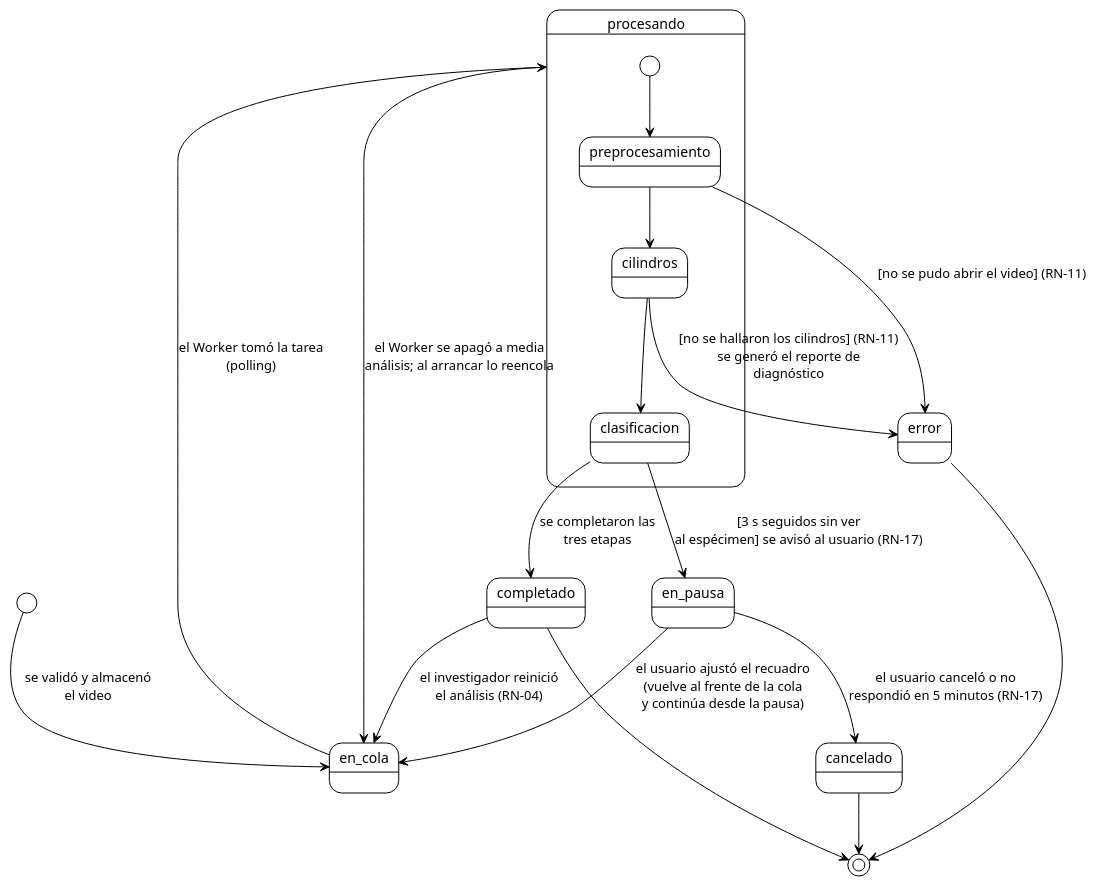
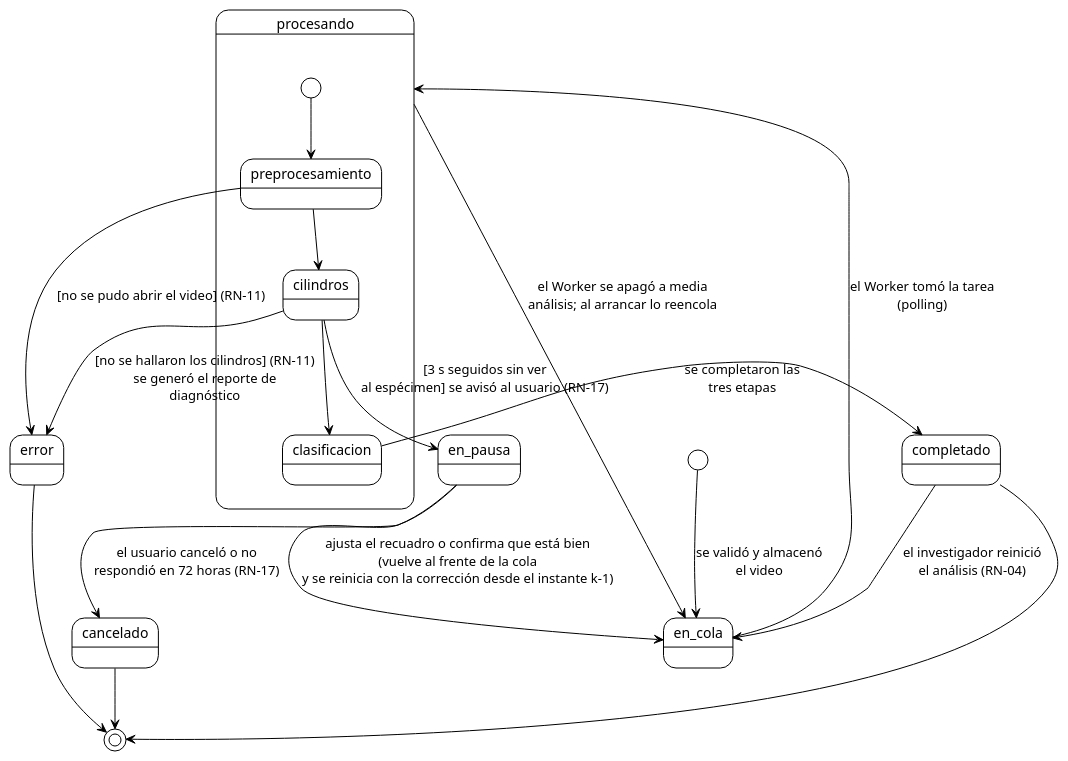
One commit to ErickJester/fst-ai-system-latex changed diagram 14 of 39 in INSTRUCCIONES-WEB.md. Above: the diagram before and after it, drawn with PlantUML. The commit also changed other lines of this file and 89 other files, not shown here.

````diff
--- a/INSTRUCCIONES-WEB.md
+++ b/INSTRUCCIONES-WEB.md
@@ -2029,25 +2026,25 @@
 ```plantuml
 @startuml estados_analisis
 !theme plain
 skinparam defaultFontName Arial
 skinparam shadowing false
 [*] --> en_cola : se validó y almacenó\nel video
 state procesando {
   [*] --> preprocesamiento
   preprocesamiento --> cilindros
   cilindros --> clasificacion
 }
 en_cola --> procesando : el Worker tomó la tarea\n(polling)
 preprocesamiento --> error : [no se pudo abrir el video] (RN-11)
 cilindros --> error : [no se hallaron los cilindros] (RN-11)\nse generó el reporte de\ndiagnóstico
 clasificacion --> completado : se completaron las\ntres etapas
-clasificacion --> en_pausa : [3 s seguidos sin ver\nal espécimen] se avisó al usuario (RN-17)
-en_pausa --> en_cola : el usuario ajustó el recuadro\n(vuelve al frente de la cola\ny continúa desde la pausa)
-en_pausa --> cancelado : el usuario canceló o no\nrespondió en 5 minutos (RN-17)
+cilindros --> en_pausa : [3 s seguidos sin ver\nal espécimen] se avisó al usuario (RN-17)
+en_pausa --> en_cola : ajusta el recuadro o confirma que está bien\n(vuelve al frente de la cola\ny se reinicia con la corrección desde el instante k-1)
+en_pausa --> cancelado : el usuario canceló o no\nrespondió en 72 horas (RN-17)
 procesando --> en_cola : el Worker se apagó a media\nanálisis; al arrancar lo reencola
 completado --> en_cola : el investigador reinició\nel análisis (RN-04)
 completado --> [*]
 error --> [*]
 cancelado --> [*]
 @enduml
 ```
````
